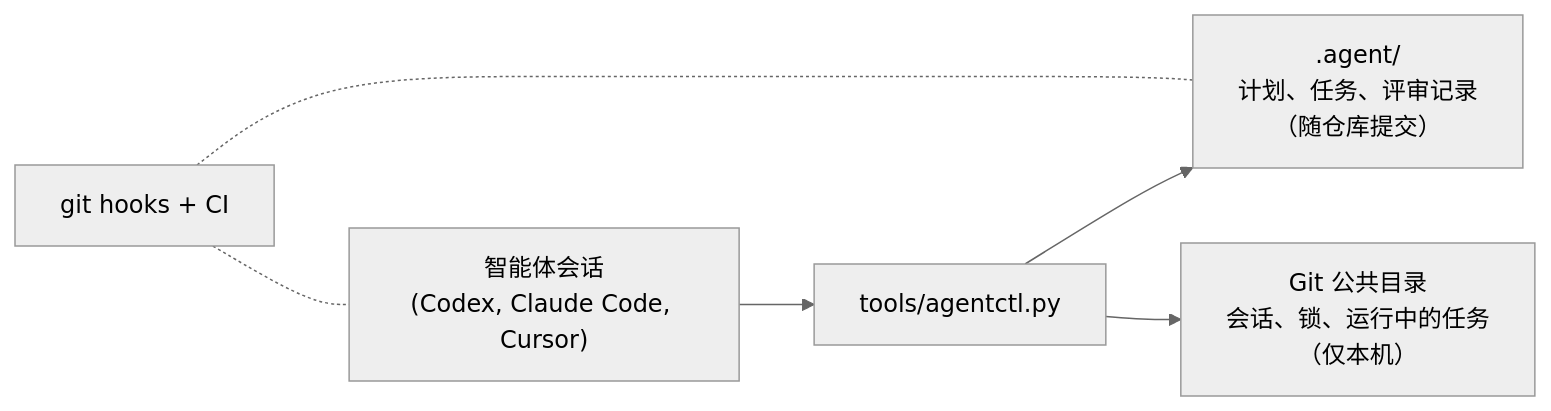
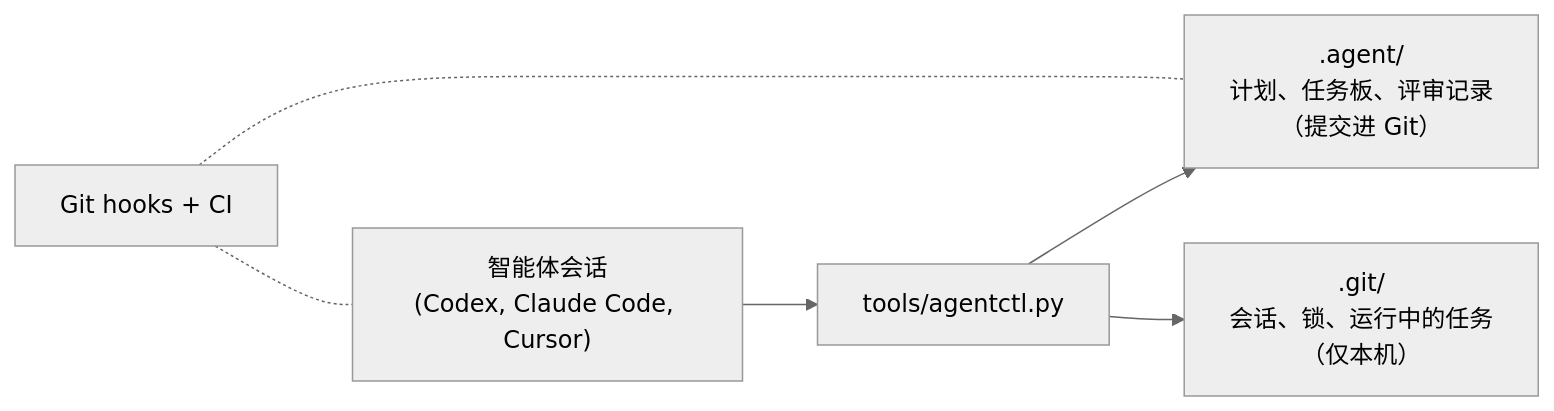
One commit to asimfish/agent-workflow-kit changed the diagram in README_CN.md. Above: the diagram before and after it, drawn with Mermaid (neutral theme). The commit also changed other lines of this file and 23 other files, not shown here.

````diff
--- a/README_CN.md
+++ b/README_CN.md
@@ -115,8 +114,8 @@
 ```mermaid
 flowchart LR
     S["智能体会话<br/>(Codex, Claude Code, Cursor)"] --> C["tools/agentctl.py"]
-    C --> D[".agent/<br/>计划、任务、评审记录<br/>（随仓库提交）"]
-    C --> L["Git 公共目录<br/>会话、锁、运行中的任务<br/>（仅本机）"]
-    H["git hooks + CI"] -.- S
+    C --> D[".agent/<br/>计划、任务板、评审记录<br/>（提交进 Git）"]
+    C --> L[".git/<br/>会话、锁、运行中的任务<br/>（仅本机）"]
+    H["Git hooks + CI"] -.- S
     H -.- D
 ```
````
